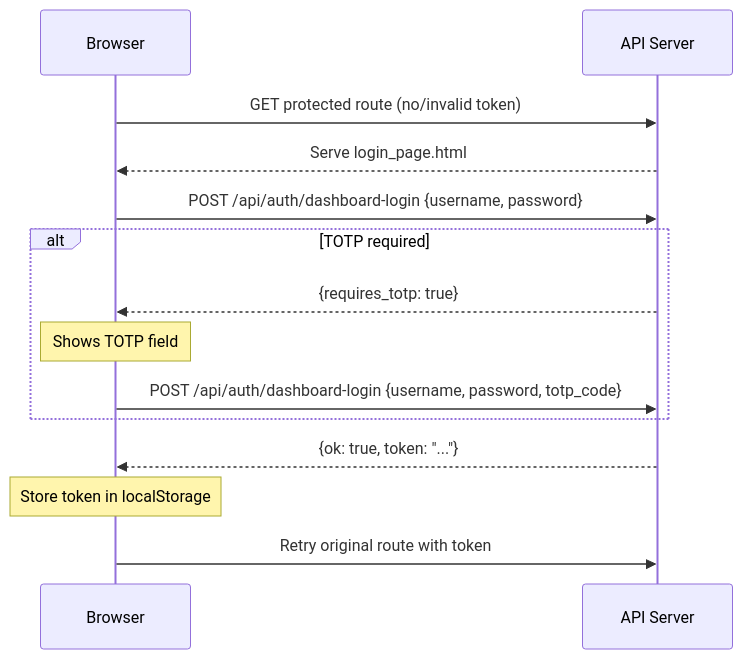
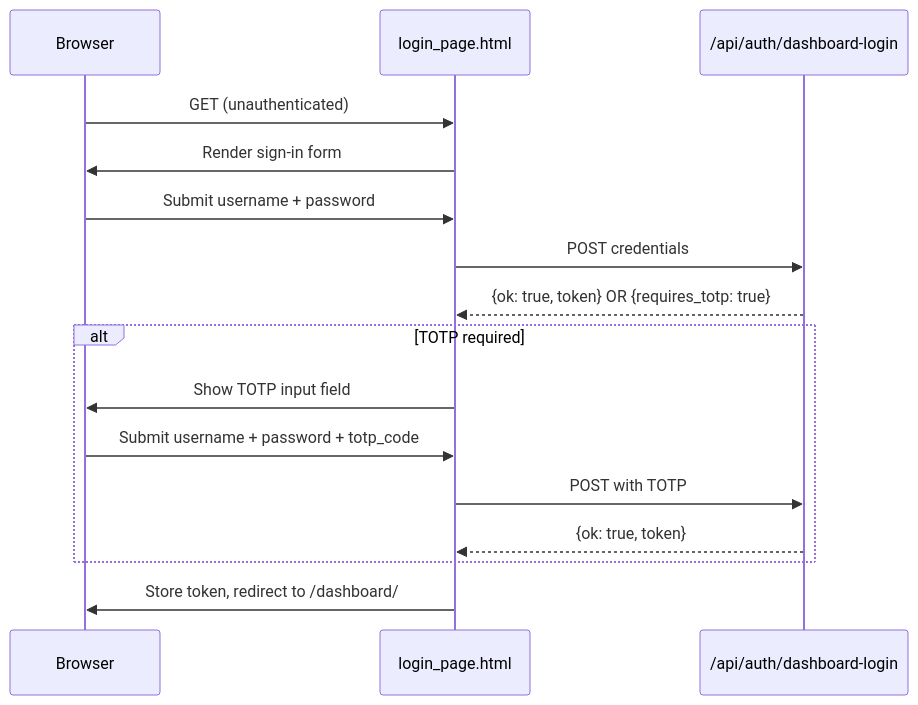
Before and after one commit to leszek3737/librefang-WIki: the diagram in other-librefang-api-src.md, drawn with Mermaid. The commit also changed other lines of this file and 94 other files, not shown here.

````diff
--- a/other-librefang-api-src.md
+++ b/other-librefang-api-src.md
@@ -15,16 +15,19 @@
 ```mermaid
 sequenceDiagram
     participant U as Browser
-    participant S as API Server
-    U->>S: GET protected route (no/invalid token)
-    S-->>U: Serve login_page.html
-    U->>S: POST /api/auth/dashboard-login {username, password}
+    participant L as login_page.html
+    participant A as /api/auth/dashboard-login
+
+    U->>L: GET (unauthenticated)
+    L->>U: Render sign-in form
+    U->>L: Submit username + password
+    L->>A: POST credentials
+    A-->>L: {ok: true, token} OR {requires_totp: true}
     alt TOTP required
-        S-->>U: {requires_totp: true}
-        Note over U: Shows TOTP field
-        U->>S: POST /api/auth/dashboard-login {username, password, totp_code}
+        L->>U: Show TOTP input field
+        U->>L: Submit username + password + totp_code
+        L->>A: POST with TOTP
+        A-->>L: {ok: true, token}
     end
-    S-->>U: {ok: true, token: "..."}
-    Note over U: Store token in localStorage
-    U->>S: Retry original route with token
+    L->>U: Store token, redirect to /dashboard/
 ```
````
